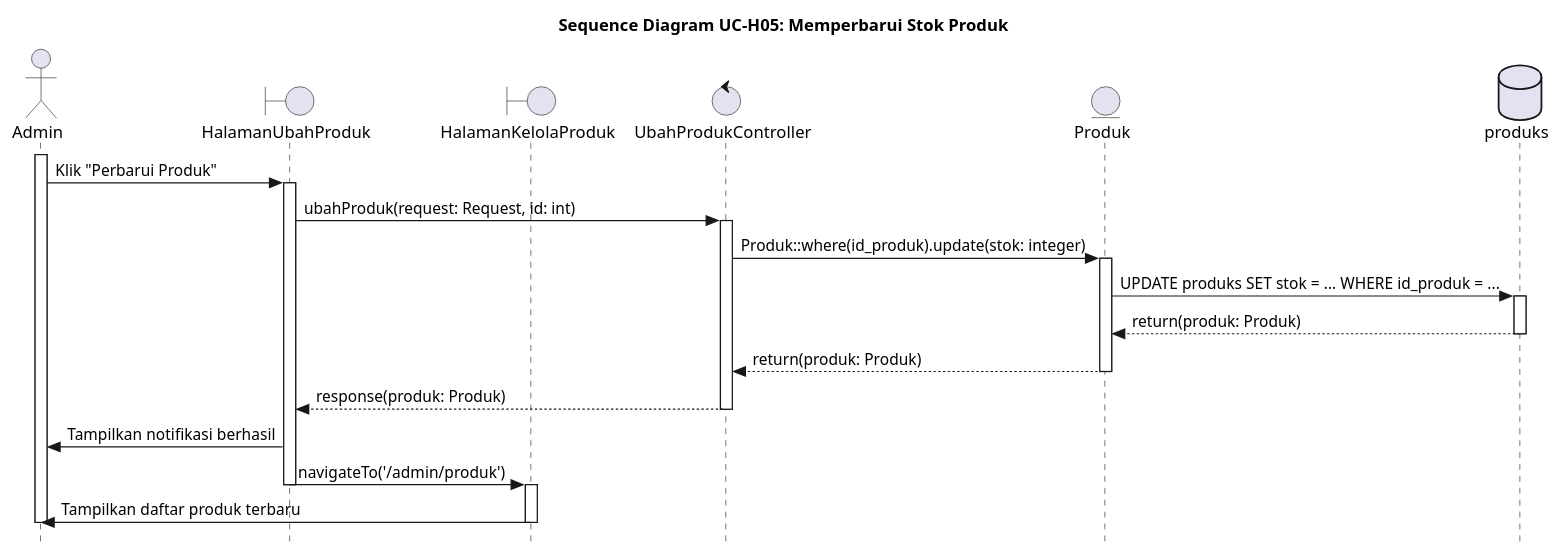
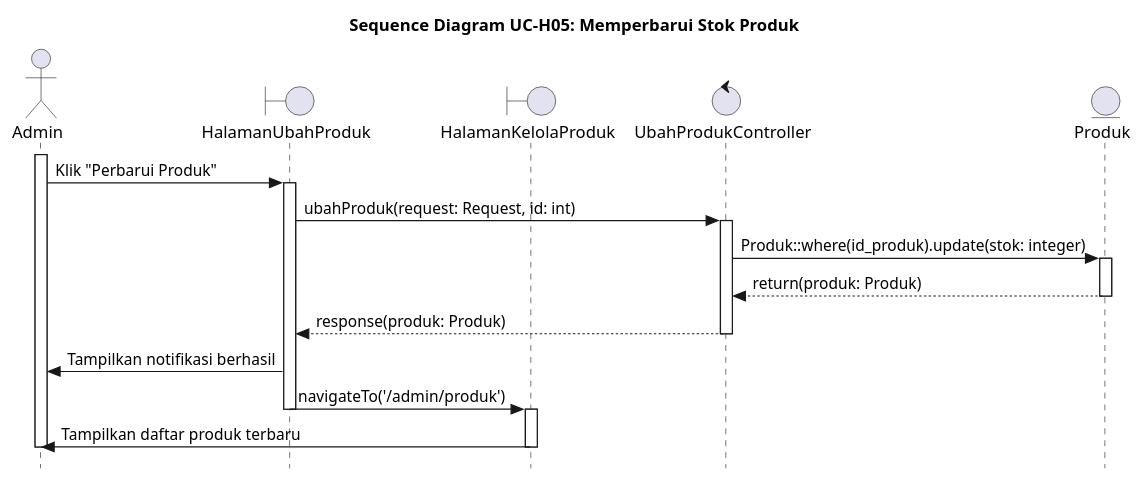
One commit to alfiahnurfa/RSI-PROYEK-AKHIR-SEQUENCE changed the diagram in UC-H05.PUML. Above: the diagram before and after it, drawn with PlantUML. The commit also changed 29 other files, not shown here.

Commit message:
hapus aktor database dari semua sequence

```diff
--- a/UC-H05.PUML
+++ b/UC-H05.PUML
@@ -1,44 +1,37 @@
 @startuml SD-UC-H05_PerbaruiStok
 title Sequence Diagram UC-H05: Memperbarui Stok Produk
 skinparam style strictuml
 
 actor Admin
 boundary HalamanUbahProduk
 boundary HalamanKelolaProduk
 control UbahProdukController
 entity Produk
-database produks
 
 activate Admin
 
 Admin -> HalamanUbahProduk : Klik "Perbarui Produk"
 activate HalamanUbahProduk
 
 HalamanUbahProduk -> UbahProdukController : ubahProduk(request: Request, id: int)
 activate UbahProdukController
 
 UbahProdukController -> Produk : Produk::where(id_produk).update(stok: integer)
 activate Produk
-
-Produk -> produks : UPDATE produks SET stok = ... WHERE id_produk = ...
-activate produks
-
-produks --> Produk : return(produk: Produk)
-deactivate produks
 
 Produk --> UbahProdukController : return(produk: Produk)
 deactivate Produk
 
 UbahProdukController --> HalamanUbahProduk : response(produk: Produk)
 deactivate UbahProdukController
 
 HalamanUbahProduk -> Admin : Tampilkan notifikasi berhasil
 HalamanUbahProduk -> HalamanKelolaProduk : navigateTo('/admin/produk')
 deactivate HalamanUbahProduk
 activate HalamanKelolaProduk
 
 HalamanKelolaProduk -> Admin : Tampilkan daftar produk terbaru
 deactivate HalamanKelolaProduk
 deactivate Admin
 
 @enduml
```
